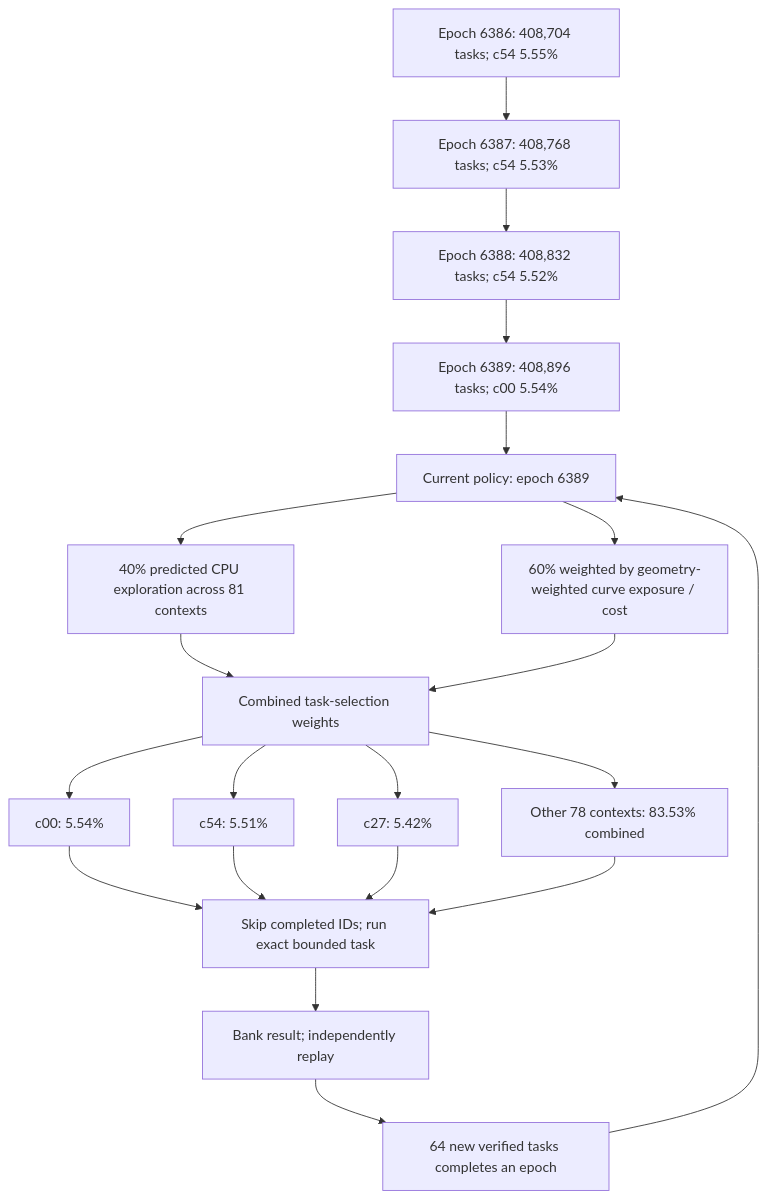
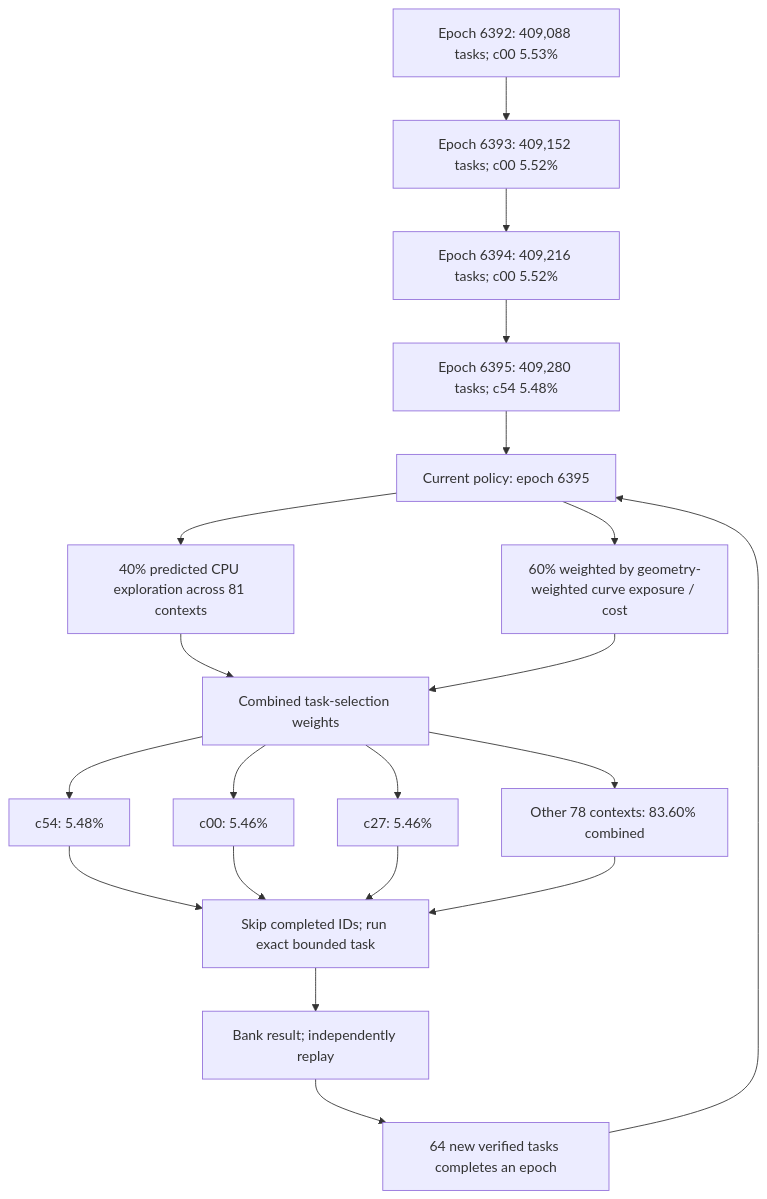
Before and after one commit to Kuberwastaken/math-gambling: the first of 4 diagrams in README.md, drawn with Mermaid. The commit also changed other lines of this file and 1380 other files, not shown here.

````diff
--- a/README.md
+++ b/README.md
@@ -60,27 +60,27 @@
 ```mermaid
 flowchart TD
-    H0["Epoch 6386: 408,704 tasks; c54 5.55%"]
-    H1["Epoch 6387: 408,768 tasks; c54 5.53%"]
+    H0["Epoch 6392: 409,088 tasks; c00 5.53%"]
+    H1["Epoch 6393: 409,152 tasks; c00 5.52%"]
     H0 --> H1
-    H2["Epoch 6388: 408,832 tasks; c54 5.52%"]
+    H2["Epoch 6394: 409,216 tasks; c00 5.52%"]
     H1 --> H2
-    H3["Epoch 6389: 408,896 tasks; c00 5.54%"]
+    H3["Epoch 6395: 409,280 tasks; c54 5.48%"]
     H2 --> H3
-    Policy["Current policy: epoch 6389"]
+    Policy["Current policy: epoch 6395"]
     H3 --> Policy
     Policy --> Explore["40% predicted CPU exploration across 81 contexts"]
     Policy --> Cost["60% weighted by geometry-weighted curve exposure / cost"]
     Explore --> Mix["Combined task-selection weights"]
     Cost --> Mix
-    Mix --> C0["c00: 5.54%"]
-    Mix --> C1["c54: 5.51%"]
-    Mix --> C2["c27: 5.42%"]
-    Mix --> Rest["Other 78 contexts: 83.53% combined"]
+    Mix --> C0["c54: 5.48%"]
+    Mix --> C1["c00: 5.46%"]
+    Mix --> C2["c27: 5.46%"]
+    Mix --> Rest["Other 78 contexts: 83.60% combined"]
     C0 --> Check["Skip completed IDs; run exact bounded task"]
     C1 --> Check
     C2 --> Check
     Rest --> Check
     Check --> Replay["Bank result; independently replay"]
     Replay --> Gate["64 new verified tasks completes an epoch"]
     Gate --> Policy
 ```
````
